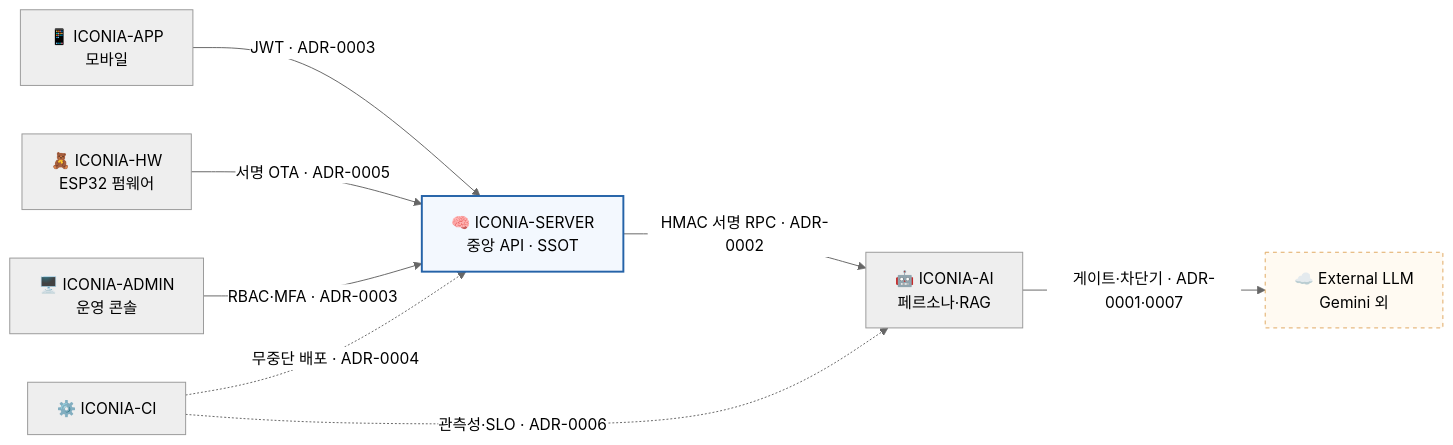
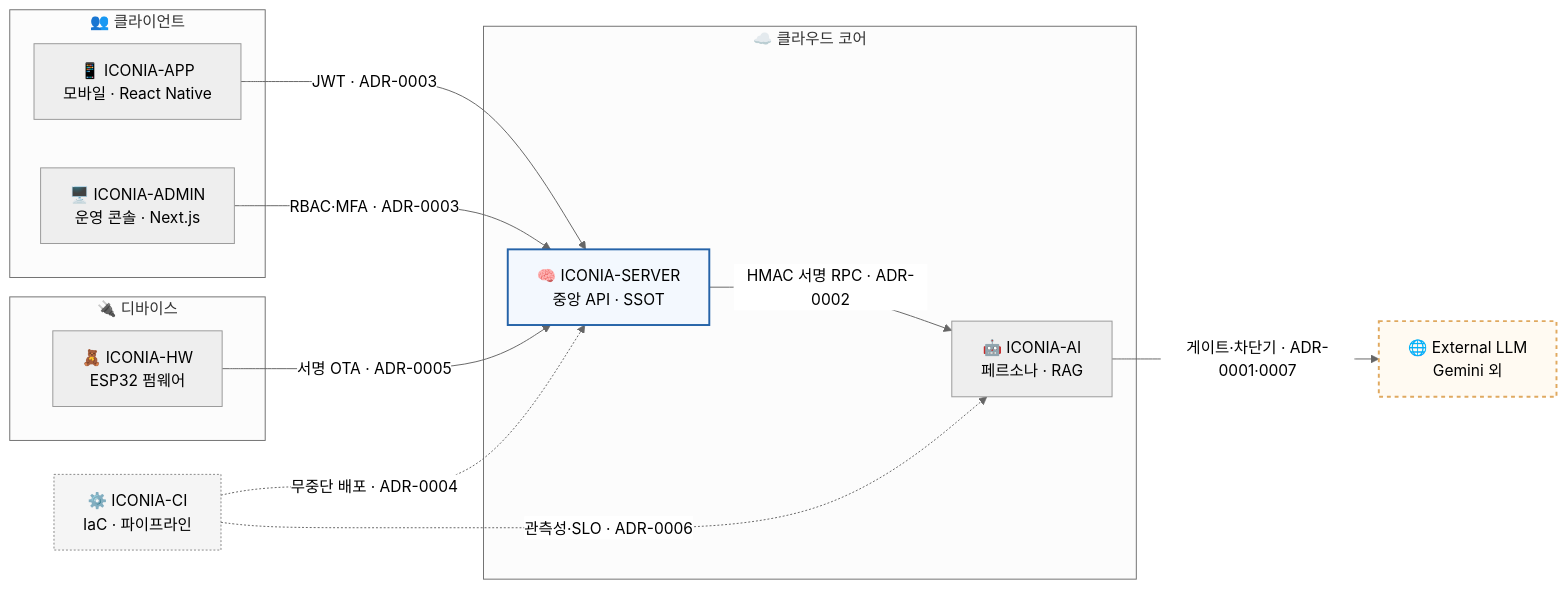
One commit to Leeseungju1991/ICONIA-ADR changed the diagram in README.md. Above: the diagram before and after it, drawn with Mermaid (neutral theme). The commit also changed other lines of this file, not shown here.

Commit message:
docs: README 3줄요약·다이어그램·표/토글 가독성 개선

````diff
--- a/README.md
+++ b/README.md
@@ -15,15 +17,32 @@
 ```mermaid
 flowchart LR
-    APP["📱 ICONIA-APP<br/>모바일"] -->|"JWT · ADR-0003"| SRV
-    HW["🧸 ICONIA-HW<br/>ESP32 펌웨어"] -->|"서명 OTA · ADR-0005"| SRV
-    ADMIN["🖥️ ICONIA-ADMIN<br/>운영 콘솔"] -->|"RBAC·MFA · ADR-0003"| SRV
-    SRV["🧠 ICONIA-SERVER<br/>중앙 API · SSOT"] -->|"HMAC 서명 RPC · ADR-0002"| AI
-    AI["🤖 ICONIA-AI<br/>페르소나·RAG"] -->|"게이트·차단기 · ADR-0001·0007"| LLM["☁️ External LLM<br/>Gemini 외"]
-    CI["⚙️ ICONIA-CI"] -.->|"무중단 배포 · ADR-0004"| SRV
+    subgraph CLIENTS["👥 클라이언트"]
+        APP["📱 ICONIA-APP<br/>모바일 · React Native"]
+        ADMIN["🖥️ ICONIA-ADMIN<br/>운영 콘솔 · Next.js"]
+    end
+
+    subgraph DEVICE["🔌 디바이스"]
+        HW["🧸 ICONIA-HW<br/>ESP32 펌웨어"]
+    end
+
+    subgraph CLOUD["☁️ 클라우드 코어"]
+        SRV["🧠 ICONIA-SERVER<br/>중앙 API · SSOT"]
+        AI["🤖 ICONIA-AI<br/>페르소나 · RAG"]
+    end
+
+    APP -->|"JWT · ADR-0003"| SRV
+    ADMIN -->|"RBAC·MFA · ADR-0003"| SRV
+    HW -->|"서명 OTA · ADR-0005"| SRV
+    SRV -->|"HMAC 서명 RPC · ADR-0002"| AI
+    AI -->|"게이트·차단기 · ADR-0001·0007"| LLM["🌐 External LLM<br/>Gemini 외"]
+
+    CI["⚙️ ICONIA-CI<br/>IaC · 파이프라인"] -.->|"무중단 배포 · ADR-0004"| SRV
     CI -.->|"관측성·SLO · ADR-0006"| AI
 
     classDef core fill:#f3f8fe,stroke:#2563a8,stroke-width:2px
-    classDef ext fill:#fffaf2,stroke:#e0a960,stroke-dasharray:4
+    classDef ext fill:#fffaf2,stroke:#e0a960,stroke-width:2px,stroke-dasharray:4
+    classDef ops fill:#f5f5f5,stroke:#888,stroke-dasharray:2
     class SRV core
     class LLM ext
+    class CI ops
 ```
````
